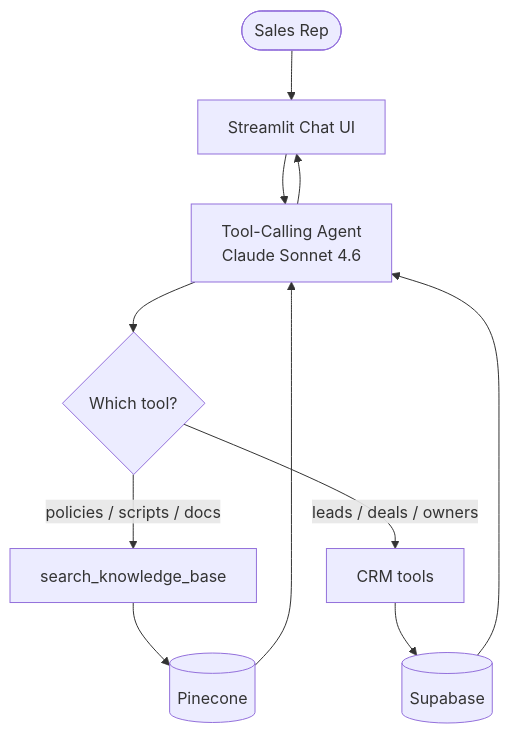
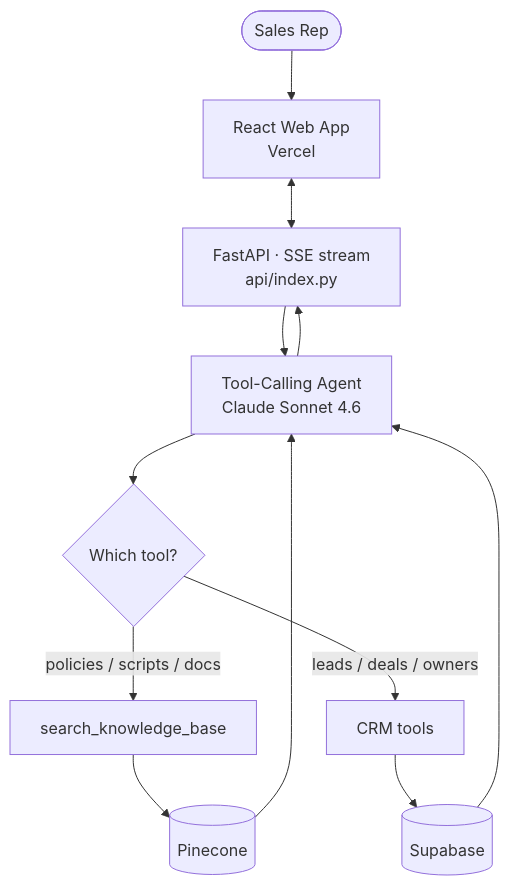
The diagram in README.md (Evan-McCall/sales-agent), drawn with Mermaid before and after one commit. The commit also changed other lines of this file and 33 other files, not shown here.

First line of the commit message:
Add React frontend + FastAPI API for Vercel deploy

````diff
--- a/README.md
+++ b/README.md
@@ -76,13 +96,14 @@
 ```mermaid
 flowchart TD
-    User([Sales Rep]) --> UI[Streamlit Chat UI]
-    UI --> Agent[Tool-Calling Agent<br/>Claude Sonnet 4.6]
+    User([Sales Rep]) --> UI[React Web App<br/>Vercel]
+    UI <--> API[FastAPI · SSE stream<br/>api/index.py]
+    API --> Agent[Tool-Calling Agent<br/>Claude Sonnet 4.6]
     Agent --> Router{Which tool?}
     Router -->|policies / scripts / docs| KB[search_knowledge_base]
     Router -->|leads / deals / owners| CRM[CRM tools]
     KB --> Pinecone[(Pinecone)]
     CRM --> Supabase[(Supabase)]
     Pinecone --> Agent
     Supabase --> Agent
-    Agent --> UI
+    Agent --> API
 ```
````
